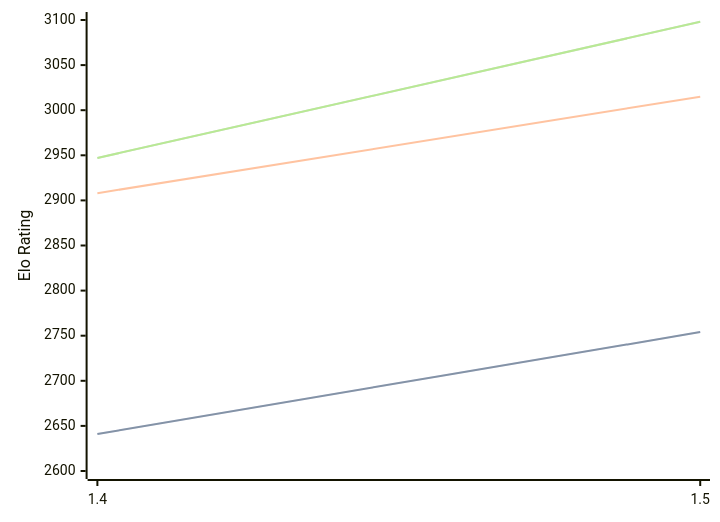
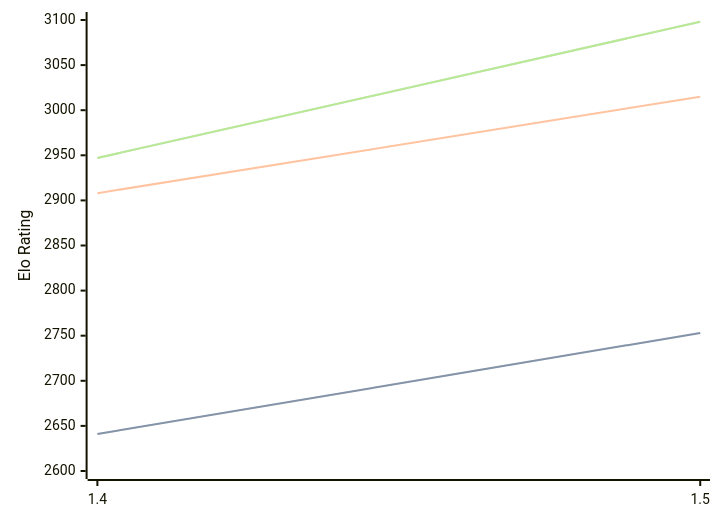
One commit to computer-chess-index/cci changed the diagram in engines/Yakka.md. Above: the diagram before and after it, drawn with Mermaid. The commit also changed other lines of this file, not shown here.

````diff
--- a/engines/Yakka.md
+++ b/engines/Yakka.md
@@ -32,11 +32,11 @@
 ```mermaid
 %%{init: {"theme":"base","themeVariables":{"seriesColors:['#a3a3a3','#222221','#faa371']}}}%%
 xychart-beta
   x-axis ["1.4", "1.5"]
   y-axis "Elo Rating" 2600 --> 3100
-  line "STC (8.0+0.08s)" [2641, 2754]
-  line "STC (8.0+0.08s)" [2641, 2754]
+  line "STC (8.0+0.08s)" [2641, 2753]
+  line "STC (8.0+0.08s)" [2641, 2753]
   line "LTC (60.0+0.60s)" [2908, 3015]
   line "VLTC (2m24s+1.12s)" [2947, 3098]
   line "VLTC (2m24s+1.12s)" [2947, 3098]
 ```
````
